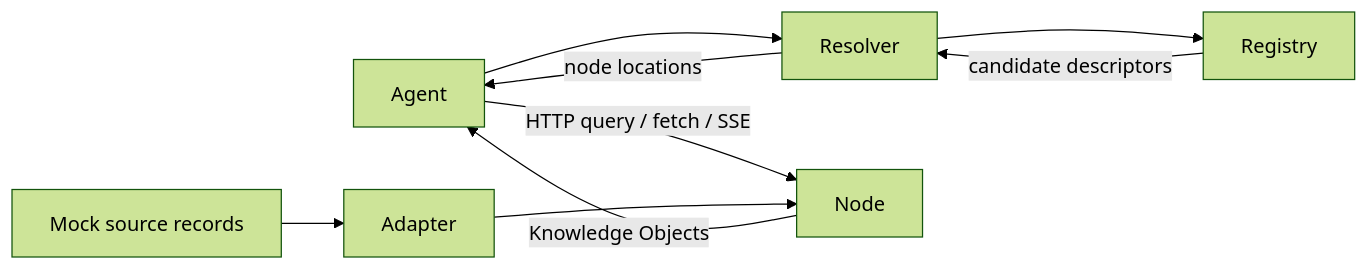
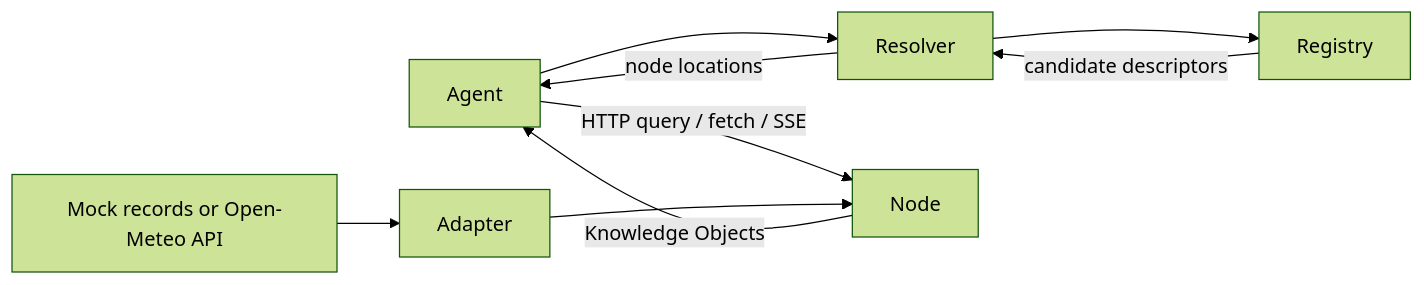
One commit to Ko-dingman1/aiw-protocol changed the diagram in README.md. Above: the diagram before and after it, drawn with Mermaid (forest theme). The commit also changed other lines of this file and 38 other files, not shown here.

````diff
--- a/README.md
+++ b/README.md
@@ -13,10 +26,10 @@
 ```mermaid
 flowchart LR
   Agent --> Resolver
   Resolver --> Registry
   Registry -->|candidate descriptors| Resolver
   Resolver -->|node locations| Agent
   Agent -->|HTTP query / fetch / SSE| Node
-  Source[Mock source records] --> Adapter --> Node
+  Source[Mock records or Open-Meteo API] --> Adapter --> Node
   Node -->|Knowledge Objects| Agent
 ```
````
